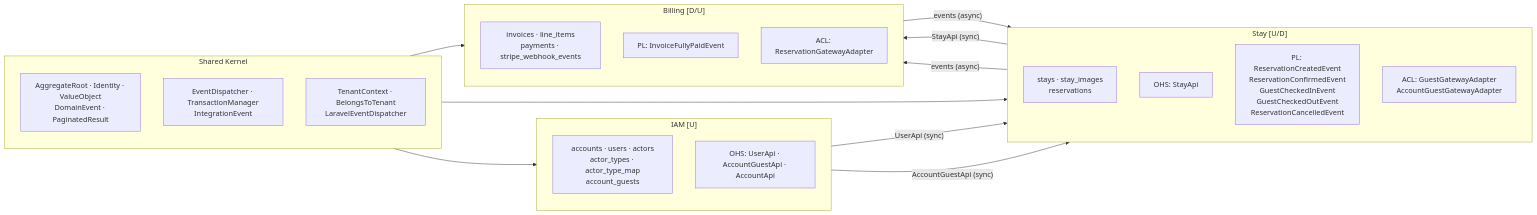
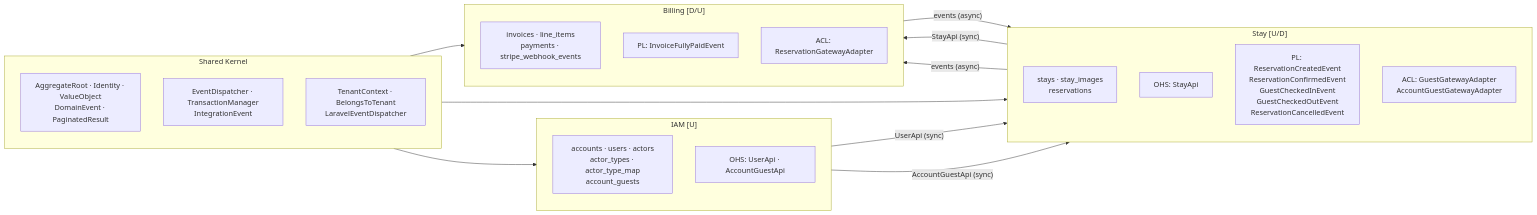
The diagram in docs/architecture.md (sahdoio/guesthub), drawn with Mermaid before and after one commit. The commit also changed 1 other file, not shown here.

Commit message:
feat: small fixes

````diff
--- a/docs/architecture.md
+++ b/docs/architecture.md
@@ -135,40 +135,40 @@
 ```mermaid
 graph LR
     subgraph SK["Shared Kernel"]
         direction TB
         SK_D["AggregateRoot · Identity · ValueObject<br/>DomainEvent · PaginatedResult"]
         SK_A["EventDispatcher · TransactionManager<br/>IntegrationEvent"]
         SK_I["TenantContext · BelongsToTenant<br/>LaravelEventDispatcher"]
     end
 
     subgraph IAM["IAM [U]"]
         direction TB
         IAM_T["accounts · users · actors<br/>actor_types · actor_type_map<br/>account_guests"]
-        IAM_API["OHS: UserApi · AccountGuestApi · AccountApi"]
+        IAM_API["OHS: UserApi · AccountGuestApi"]
     end
 
     subgraph Stay["Stay [U/D]"]
         direction TB
         Stay_T["stays · stay_images<br/>reservations"]
         Stay_API["OHS: StayApi"]
         Stay_PL["PL: ReservationCreatedEvent<br/>ReservationConfirmedEvent<br/>GuestCheckedInEvent<br/>GuestCheckedOutEvent<br/>ReservationCancelledEvent"]
         Stay_ACL["ACL: GuestGatewayAdapter<br/>AccountGuestGatewayAdapter"]
     end
 
     subgraph Billing["Billing [D/U]"]
         direction TB
         Billing_T["invoices · line_items<br/>payments · stripe_webhook_events"]
         Billing_PL["PL: InvoiceFullyPaidEvent"]
         Billing_ACL["ACL: ReservationGatewayAdapter"]
     end
 
     IAM_API -- "UserApi (sync)" --> Stay_ACL
     IAM_API -- "AccountGuestApi (sync)" --> Stay_ACL
     Stay_API -- "StayApi (sync)" --> Billing_ACL
     Stay_PL -- "events (async)" --> Billing
     Billing_PL -- "events (async)" --> Stay
 
     SK --> IAM
     SK --> Stay
     SK --> Billing
 ```
````
